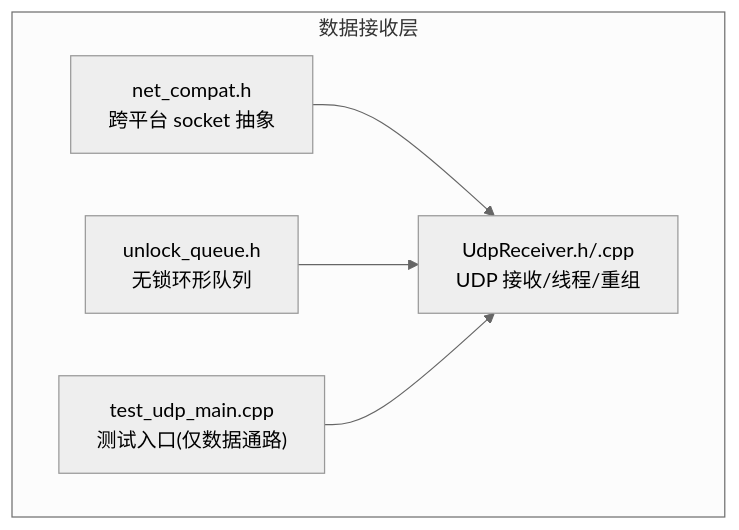
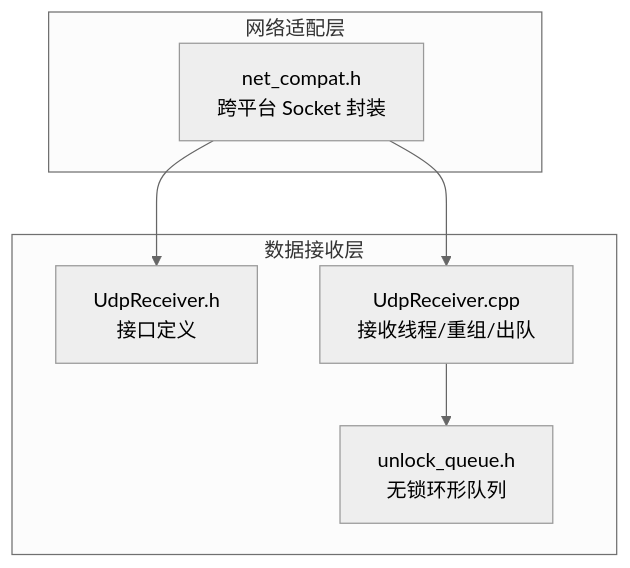
Before and after one commit to Lukad77/awr1843-radar-toolkit: the first of 6 diagrams in .qoder/repowiki/zh/content/网络数据链路与解析/数据接收与帧重组.md, drawn with Mermaid (neutral theme). The commit also changed other lines of this file and 106 other files, not shown here.

````diff
--- a/.qoder/repowiki/zh/content/网络数据链路与解析/数据接收与帧重组.md
+++ b/.qoder/repowiki/zh/content/网络数据链路与解析/数据接收与帧重组.md
@@ -33,12 +44,14 @@
 ```mermaid
 graph TB
+subgraph "网络适配层"
+NC["net_compat.h<br/>跨平台 Socket 封装"]
+end
 subgraph "数据接收层"
-A["net_compat.h<br/>跨平台 socket 抽象"]
-B["UdpReceiver.h/.cpp<br/>UDP 接收/线程/重组"]
-C["unlock_queue.h<br/>无锁环形队列"]
-D["test_udp_main.cpp<br/>测试入口(仅数据通路)"]
+URH["UdpReceiver.h<br/>接口定义"]
+URCPP["UdpReceiver.cpp<br/>接收线程/重组/出队"]
+UQ["unlock_queue.h<br/>无锁环形队列"]
 end
-A --> B
-C --> B
-D --> B
+NC --> URH
+NC --> URCPP
+URCPP --> UQ
 ```
````
